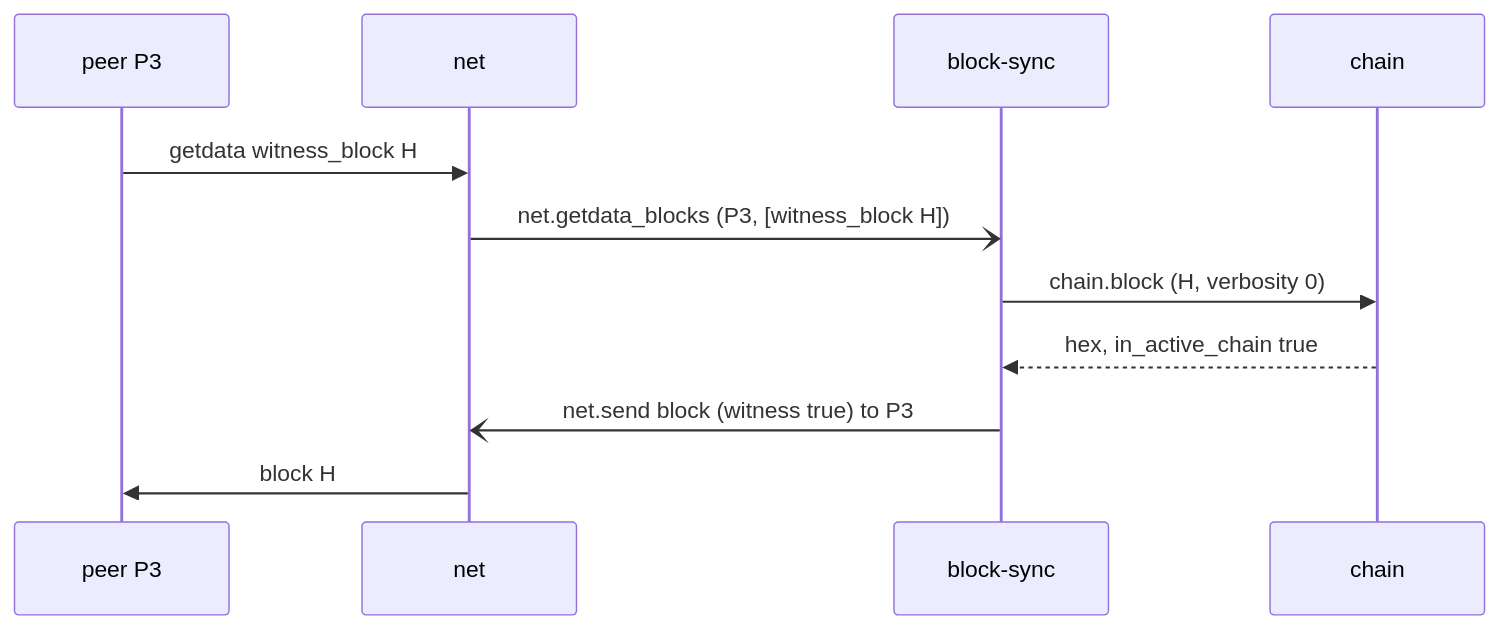
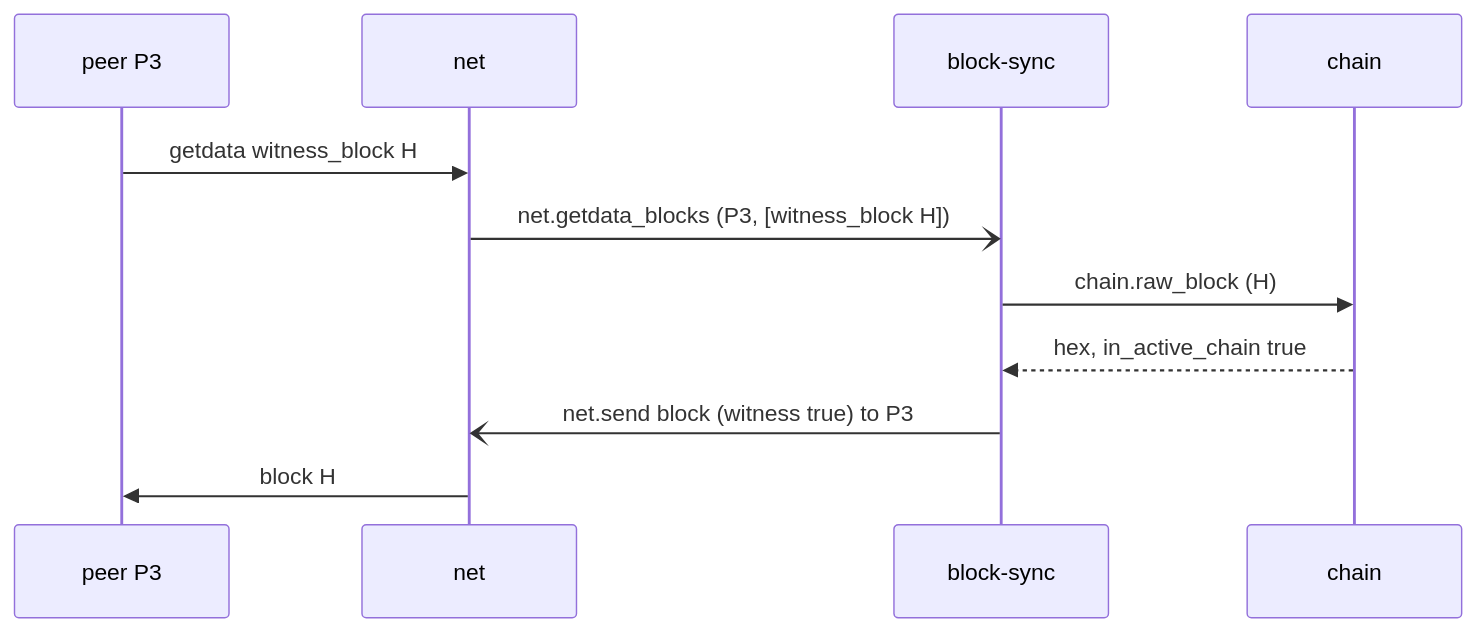
Before and after one commit to RustBTCD/btcd: the third of 3 diagrams in docs/flows/new-block-relay.md, drawn with Mermaid. The commit also changed 68 other files, not shown here.

Commit message:
add json schemas

````diff
--- a/docs/flows/new-block-relay.md
+++ b/docs/flows/new-block-relay.md
@@ -66,13 +66,13 @@
 ```mermaid
 sequenceDiagram
     participant P as peer P3
     participant N as net
     participant BS as block-sync
     participant C as chain
     P->>N: getdata witness_block H
     N-)BS: net.getdata_blocks (P3, [witness_block H])
-    BS->>C: chain.block (H, verbosity 0)
+    BS->>C: chain.raw_block (H)
     C-->>BS: hex, in_active_chain true
     BS-)N: net.send block (witness true) to P3
     N->>P: block H
 ```
````
